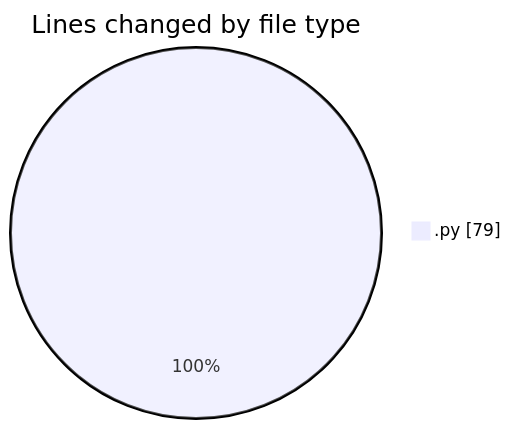
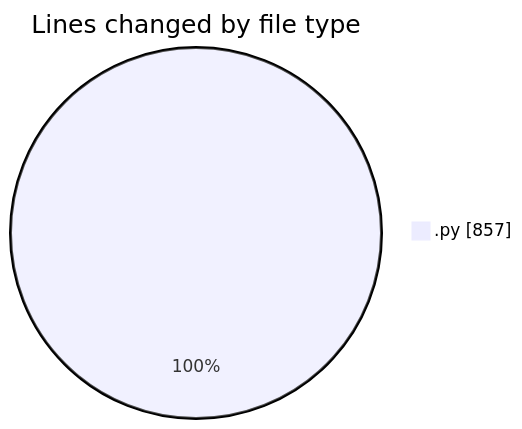
The first of 2 diagrams in 2025-11-15/untitled__workspace_/README.md (MatusMokan/code-tracking), drawn with Mermaid before and after one commit. The commit also changed other lines of this file and 1 other file, not shown here.

````diff
--- a/2025-11-15/untitled__workspace_/README.md
+++ b/2025-11-15/untitled__workspace_/README.md
@@ -20,5 +21,5 @@
 ```mermaid
 pie showData
 title Lines changed by file type
-".py" : 79
+".py" : 857
 ```
````
